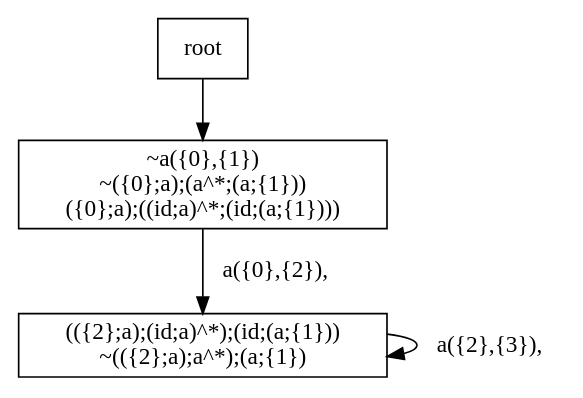
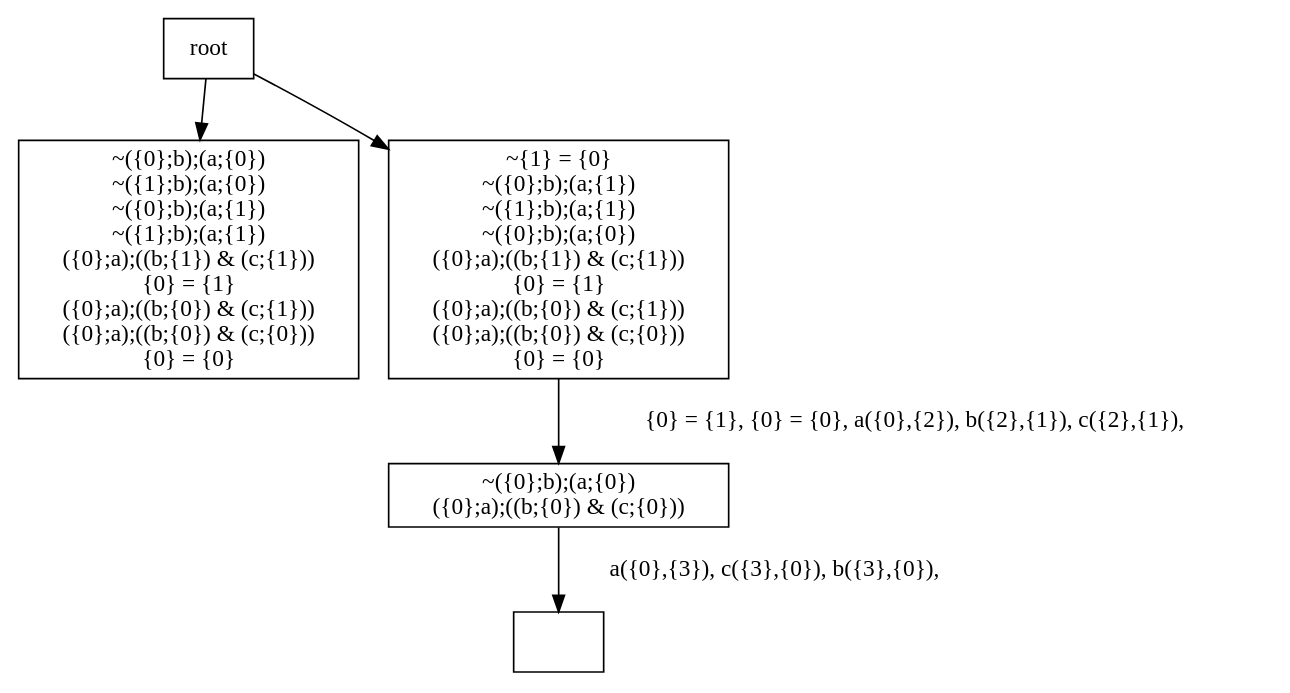
Before and after one commit to jangreen/rat: the diagram in output/regular.dot, drawn with Graphviz. The commit also changed 5 other files, not shown here.

```diff
--- a/output/regular.dot
+++ b/output/regular.dot
@@ -1,15 +1,33 @@
 digraph {
 node[shape="box"]
-N0x136637a40[label="~a({0},{1})
-~({0};a);(a^*;(a;{1}))
-({0};a);((id;a)^*;(id;(a;{1})))
+N0x11e72c970[label="~({0};b);(a;{0})
+~({1};b);(a;{0})
+~({0};b);(a;{1})
+~({1};b);(a;{1})
+({0};a);((b;{1}) & (c;{1}))
+{0} = {1}
+({0};a);((b;{0}) & (c;{1}))
+({0};a);((b;{0}) & (c;{0}))
+{0} = {0}
 "];
-N0x136637a40 -> N0x13670fb50[label="a({0},{2}), 
+root -> N0x11e72c970;
+N0x11e72ce00[label="~{1} = {0}
+~({0};b);(a;{1})
+~({1};b);(a;{1})
+~({0};b);(a;{0})
+({0};a);((b;{1}) & (c;{1}))
+{0} = {1}
+({0};a);((b;{0}) & (c;{1}))
+({0};a);((b;{0}) & (c;{0}))
+{0} = {0}
 "];
-N0x13670fb50[label="(({2};a);(id;a)^*);(id;(a;{1}))
-~(({2};a);a^*);(a;{1})
+N0x11e72ce00 -> N0x11e711f70[label="{0} = {1}, {0} = {0}, a({0},{2}), b({2},{1}), c({2},{1}), 
 "];
-N0x13670fb50 -> N0x13670fb50[label="a({2},{3}), 
+N0x11e711f70[label="~({0};b);(a;{0})
+({0};a);((b;{0}) & (c;{0}))
 "];
-root -> N0x136637a40;
+N0x11e711f70 -> N0x11e709e00[label="a({0},{3}), c({3},{0}), b({3},{0}), 
+"];
+N0x11e709e00[label=""];
+root -> N0x11e72ce00;
 }
```
